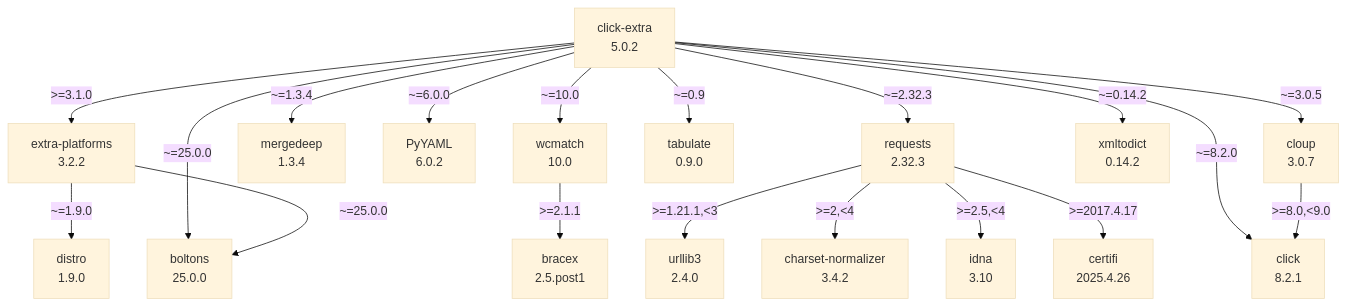
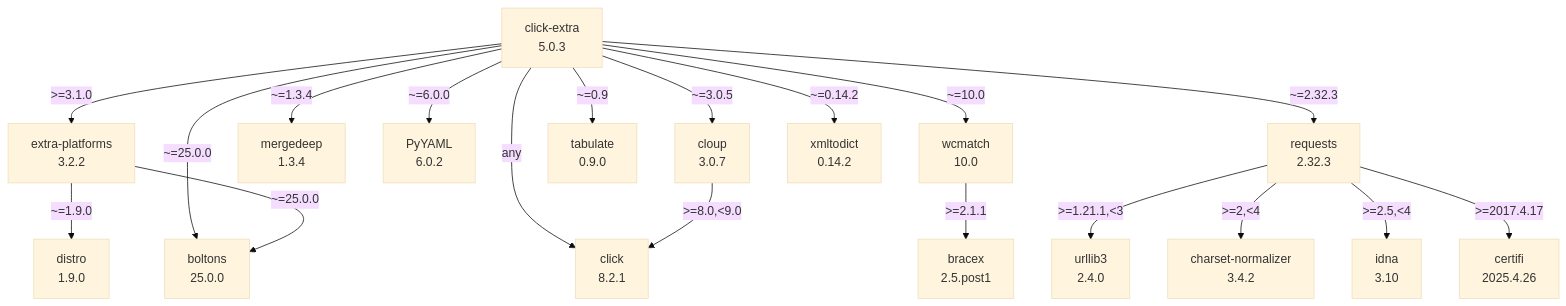
Before and after one commit to kdeldycke/click-extra: the diagram in docs/assets/dependencies.mmd, drawn with Mermaid (base theme).

Commit message:
[autofix] Regenerate dependency graph

```diff
--- a/docs/assets/dependencies.mmd
+++ b/docs/assets/dependencies.mmd
@@ -1,37 +1,37 @@
 flowchart TD
     classDef missing stroke-dasharray: 5
     boltons["boltons\n25.0.0"]
     bracex["bracex\n2.5.post1"]
     certifi["certifi\n2025.4.26"]
     charset-normalizer["charset-normalizer\n3.4.2"]
-    click-extra["click-extra\n5.0.2"]
+    click-extra["click-extra\n5.0.3"]
     click_0["click\n8.2.1"]
     cloup["cloup\n3.0.7"]
     distro["distro\n1.9.0"]
     extra-platforms["extra-platforms\n3.2.2"]
     idna["idna\n3.10"]
     mergedeep["mergedeep\n1.3.4"]
     pyyaml["PyYAML\n6.0.2"]
     requests["requests\n2.32.3"]
     tabulate["tabulate\n0.9.0"]
     urllib3["urllib3\n2.4.0"]
     wcmatch["wcmatch\n10.0"]
     xmltodict["xmltodict\n0.14.2"]
     click-extra -- ">=3.1.0" --> extra-platforms
+    click-extra -- "any" --> click_0
     click-extra -- "~=0.14.2" --> xmltodict
     click-extra -- "~=0.9" --> tabulate
     click-extra -- "~=1.3.4" --> mergedeep
     click-extra -- "~=10.0" --> wcmatch
     click-extra -- "~=2.32.3" --> requests
     click-extra -- "~=25.0.0" --> boltons
     click-extra -- "~=3.0.5" --> cloup
     click-extra -- "~=6.0.0" --> pyyaml
-    click-extra -- "~=8.2.0" --> click_0
     cloup -- ">=8.0,<9.0" --> click_0
     extra-platforms -- "~=1.9.0" --> distro
     extra-platforms -- "~=25.0.0" --> boltons
     requests -- ">=1.21.1,<3" --> urllib3
     requests -- ">=2,<4" --> charset-normalizer
     requests -- ">=2.5,<4" --> idna
     requests -- ">=2017.4.17" --> certifi
     wcmatch -- ">=2.1.1" --> bracex
```
